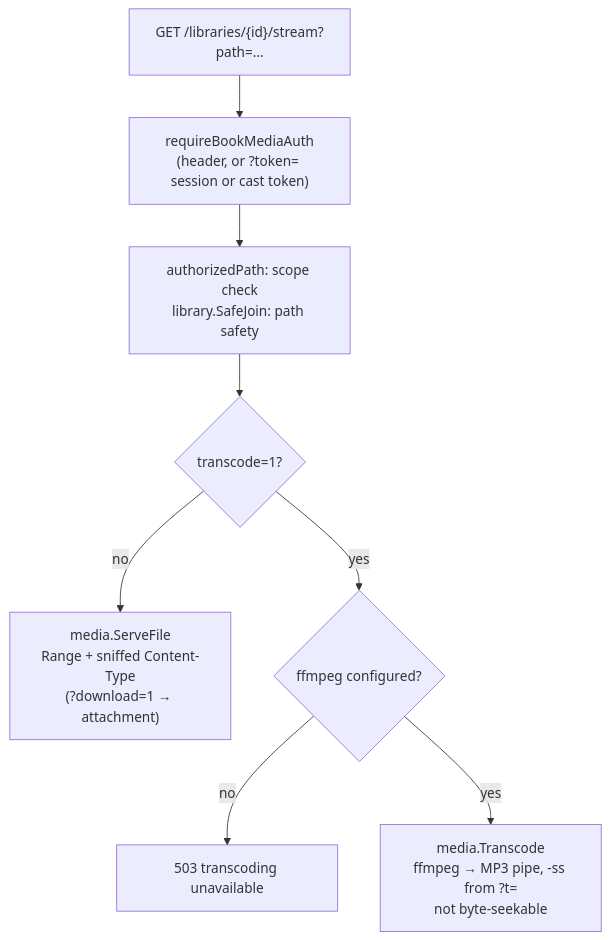
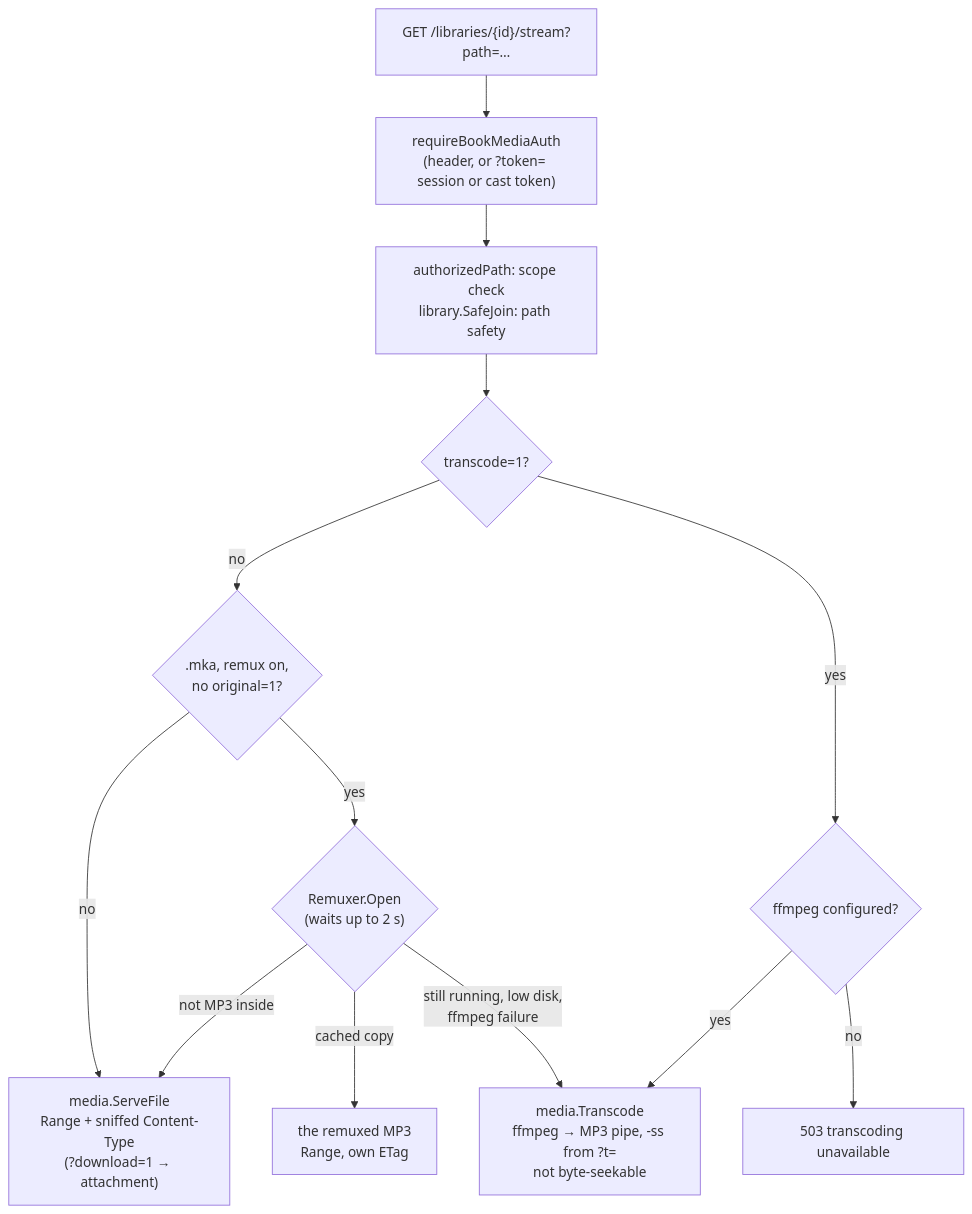
The diagram in docs-developers/server/media.md (KodeStar/audiosilo-docs), drawn with Mermaid before and after one commit. The commit also changed other lines of this file and 16 other files, not shown here.

First line of the commit message:
Docs: MP3-in-MKA remux, seekable podcast transcode, iOS .mka download naming

````diff
--- a/docs-developers/server/media.md
+++ b/docs-developers/server/media.md
@@ -354,10 +395,15 @@
 ```mermaid
 flowchart TD
     A["GET /libraries/{id}/stream?path=…"] --> B["requireBookMediaAuth<br/>(header, or ?token= session or cast token)"]
     B --> C["authorizedPath: scope check<br/>library.SafeJoin: path safety"]
     C --> D{"transcode=1?"}
-    D -- "no" --> E["media.ServeFile<br/>Range + sniffed Content-Type<br/>(?download=1 → attachment)"]
+    D -- "no" --> R{".mka, remux on,<br/>no original=1?"}
+    R -- "no" --> E["media.ServeFile<br/>Range + sniffed Content-Type<br/>(?download=1 → attachment)"]
+    R -- "yes" --> M{"Remuxer.Open<br/>(waits up to 2 s)"}
+    M -- "cached copy" --> N["the remuxed MP3<br/>Range, own ETag"]
+    M -- "not MP3 inside" --> E
+    M -- "still running, low disk,<br/>ffmpeg failure" --> H
     D -- "yes" --> F{"ffmpeg configured?"}
     F -- "no" --> G["503 transcoding unavailable"]
     F -- "yes" --> H["media.Transcode<br/>ffmpeg → MP3 pipe, -ss from ?t=<br/>not byte-seekable"]
 ```
````
